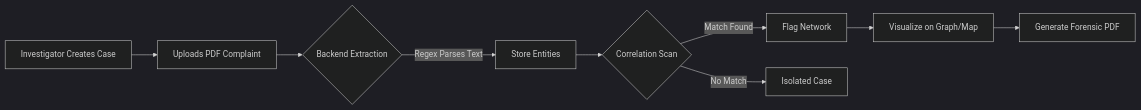
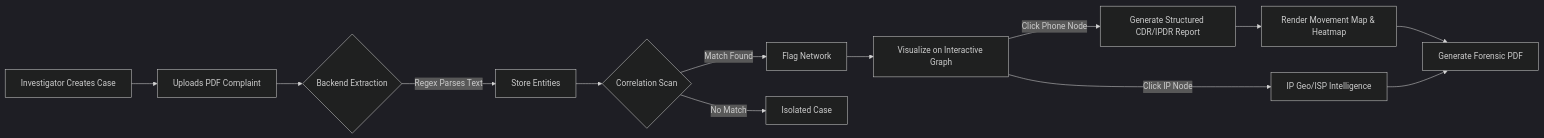
One commit to ram-connect/Testing changed the second of 4 diagrams in README.md. Above: the diagram before and after it, drawn with Mermaid (dark theme). The commit also changed other lines of this file, not shown here.

````diff
--- a/README.md
+++ b/README.md
@@ -130,11 +134,15 @@
 ```mermaid
 flowchart LR
     A[Investigator Creates Case] --> B[Uploads PDF Complaint]
     B --> C{Backend Extraction}
     C -->|Regex Parses Text| D[Store Entities]
     D --> E{Correlation Scan}
     E -->|Match Found| F[Flag Network]
     E -->|No Match| G[Isolated Case]
-    F --> H[Visualize on Graph/Map]
-    H --> I[Generate Forensic PDF]
+    F --> H[Visualize on Interactive Graph]
+    H -->|Click IP Node| J[IP Geo/ISP Intelligence]
+    H -->|Click Phone Node| K[Generate Structured CDR/IPDR Report]
+    K --> L[Render Movement Map & Heatmap]
+    L --> I[Generate Forensic PDF]
+    J --> I
 ```
````
